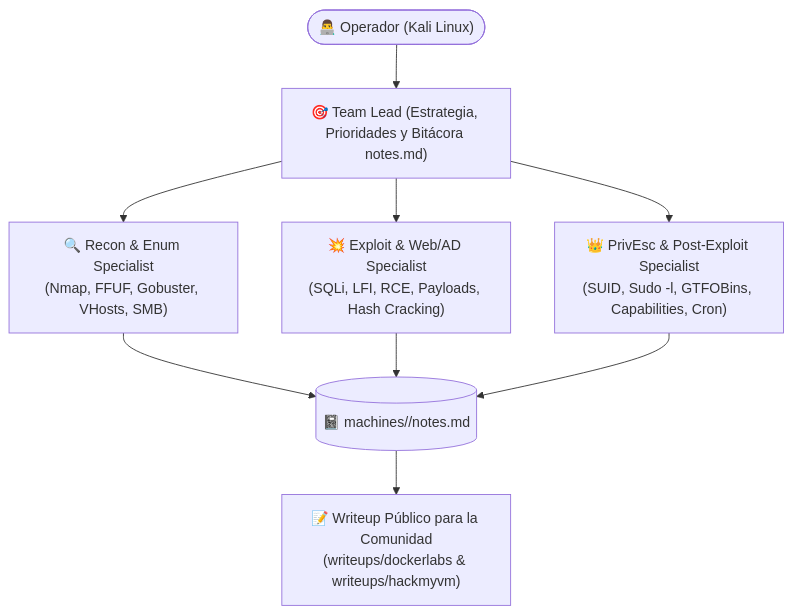
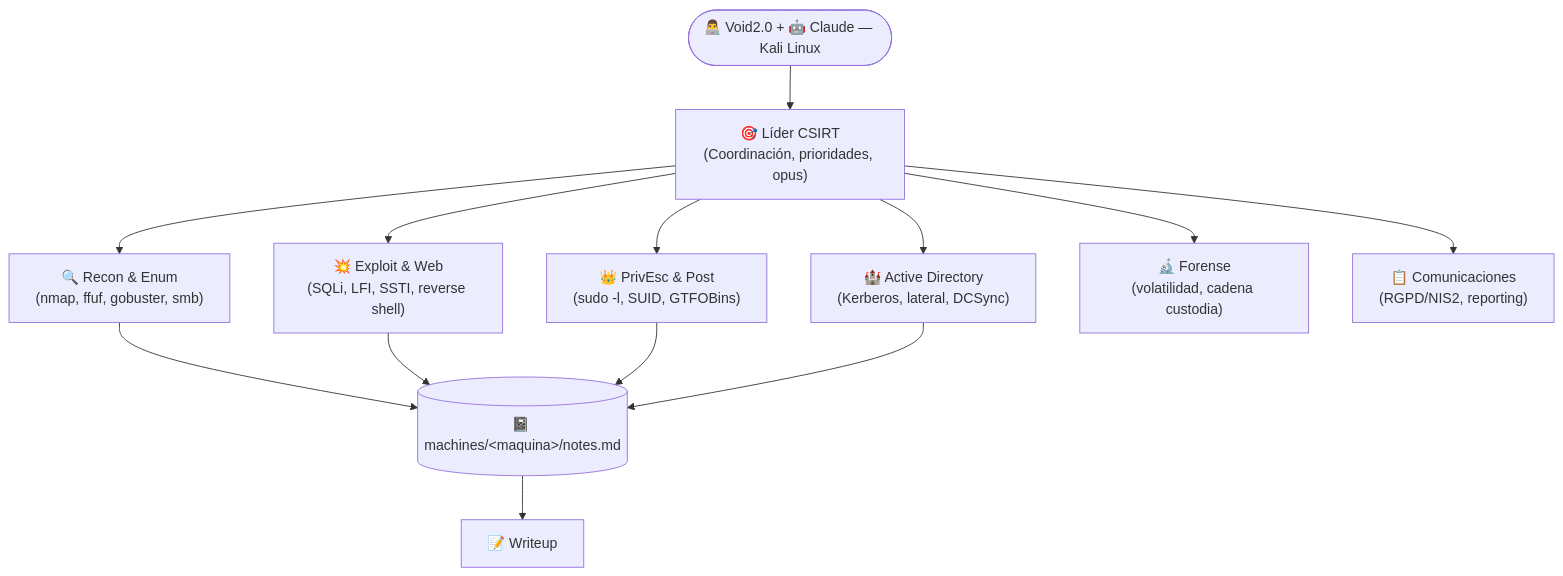
Before and after one commit to Bitxogm/redteam-agy-labs: the diagram in README.md, drawn with Mermaid. The commit also changed other lines of this file and 8 other files, not shown here.

Commit message:
Migración de Antigravity/Gemini → Claude Code: fusión con equipo CSIRT global (8 agentes), MCP server renombrado a csirt-lab-gate, README y estructura actualizados

````diff
--- a/README.md
+++ b/README.md
@@ -27,11 +27,15 @@
 ```mermaid
 flowchart TD
-    User(["👨‍💻 Operador (Kali Linux)"]) --> Lead["🎯 Team Lead (Estrategia, Prioridades y Bitácora notes.md)"]
-    Lead --> Recon["🔍 Recon & Enum Specialist<br/>(Nmap, FFUF, Gobuster, VHosts, SMB)"]
-    Lead --> Exploit["💥 Exploit & Web/AD Specialist<br/>(SQLi, LFI, RCE, Payloads, Hash Cracking)"]
-    Lead --> PrivEsc["👑 PrivEsc & Post-Exploit Specialist<br/>(SUID, Sudo -l, GTFOBins, Capabilities, Cron)"]
-    Recon --> Notes[("📓 machines/<maquina>/notes.md")]
+    User(["👨‍💻 Void2.0 + 🤖 Claude — Kali Linux"]) --> Lider["🎯 Líder CSIRT<br/>(Coordinación, prioridades, opus)"]
+    Lider --> Recon["🔍 Recon & Enum<br/>(nmap, ffuf, gobuster, smb)"]
+    Lider --> Exploit["💥 Exploit & Web<br/>(SQLi, LFI, SSTI, reverse shell)"]
+    Lider --> PrivEsc["👑 PrivEsc & Post<br/>(sudo -l, SUID, GTFOBins)"]
+    Lider --> AD["🏰 Active Directory<br/>(Kerberos, lateral, DCSync)"]
+    Lider --> Forense["🔬 Forense<br/>(volatilidad, cadena custodia)"]
+    Lider --> Comms["📋 Comunicaciones<br/>(RGPD/NIS2, reporting)"]
+    Recon --> Notes[("📓 machines/&lt;maquina&gt;/notes.md")]
     Exploit --> Notes
     PrivEsc --> Notes
-    Notes --> Writeup["📝 Writeup Público para la Comunidad<br/>(writeups/dockerlabs & writeups/hackmyvm)"]
+    AD --> Notes
+    Notes --> Writeup["📝 Writeup"]
 ```
````
